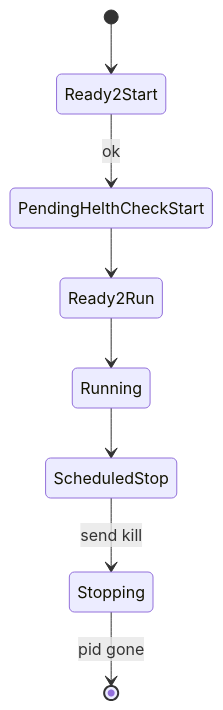
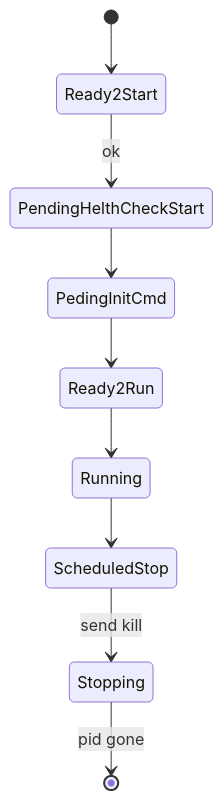
One commit to jleahred/procman changed the diagram in README.md. Above: the diagram before and after it, drawn with Mermaid. The commit also changed other lines of this file and 13 other files, not shown here.

````diff
--- a/README.md
+++ b/README.md
@@ -185,10 +186,11 @@
 ```mermaid
 stateDiagram-v2
     [*] --> Ready2Start
     Ready2Start --> PendingHelthCheckStart: ok
-    PendingHelthCheckStart --> Ready2Run
+    PendingHelthCheckStart --> PedingInitCmd
+    PedingInitCmd  -->  Ready2Run
     Ready2Run --> Running
     Running --> ScheduledStop
     ScheduledStop --> Stopping: send kill
     Stopping --> [*]: pid gone
 ```
````
